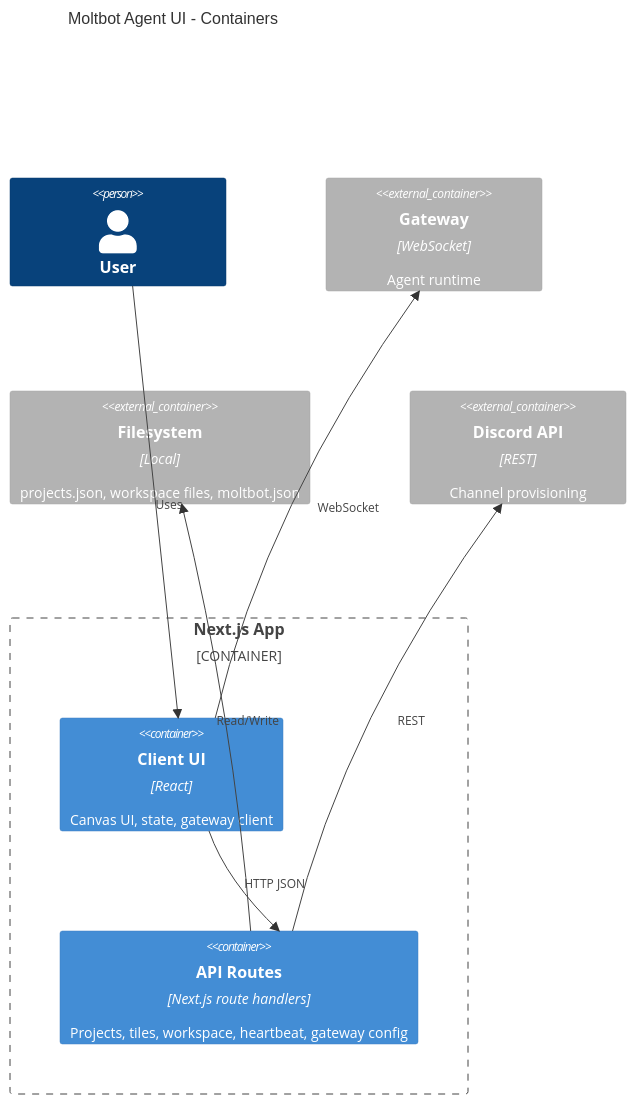
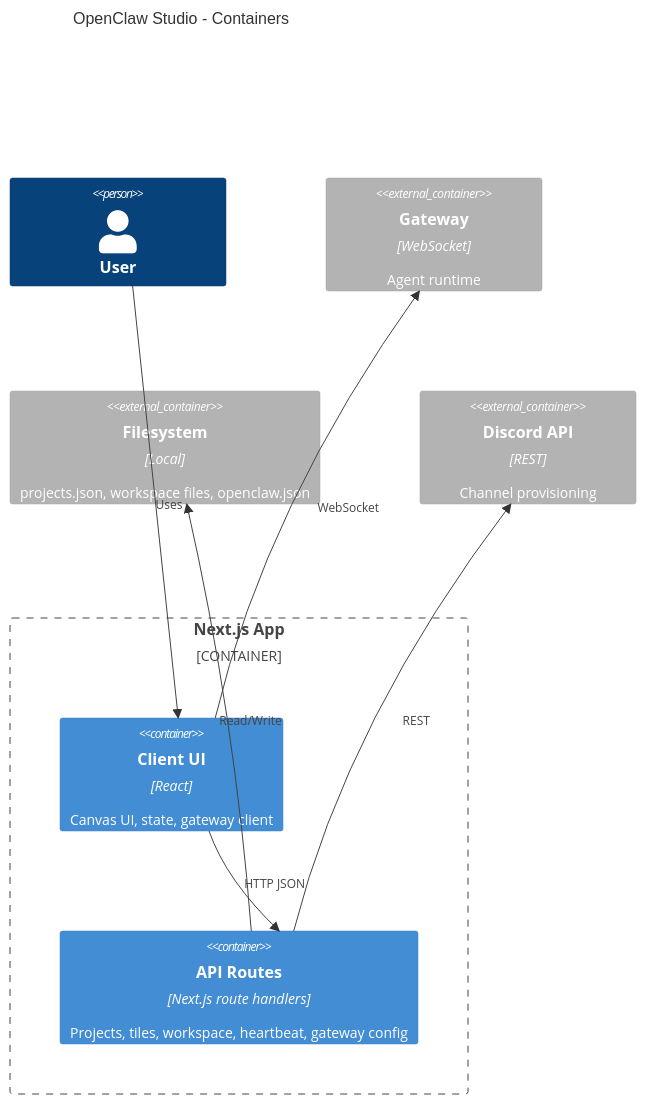
One commit to chaien0609/openclaw-studio changed the second of 2 diagrams in ARCHITECTURE.md. Above: the diagram before and after it, drawn with Mermaid. The commit also changed other lines of this file and 10 other files, not shown here.

Commit message:
Finalize OpenClaw Studio naming

````diff
--- a/ARCHITECTURE.md
+++ b/ARCHITECTURE.md
@@ -118,20 +118,20 @@
 ```mermaid
 C4Container
-  title Moltbot Agent UI - Containers
+  title OpenClaw Studio - Containers
   Person(user, "User")
 
   Container_Boundary(app, "Next.js App") {
     Container(client, "Client UI", "React", "Canvas UI, state, gateway client")
     Container(api, "API Routes", "Next.js route handlers", "Projects, tiles, workspace, heartbeat, gateway config")
   }
 
   Container_Ext(gateway, "Gateway", "WebSocket", "Agent runtime")
-  Container_Ext(fs, "Filesystem", "Local", "projects.json, workspace files, moltbot.json")
+  Container_Ext(fs, "Filesystem", "Local", "projects.json, workspace files, openclaw.json")
   Container_Ext(discord, "Discord API", "REST", "Channel provisioning")
 
   Rel(user, client, "Uses")
   Rel(client, api, "HTTP JSON")
   Rel(client, gateway, "WebSocket")
   Rel(api, fs, "Read/Write")
   Rel(api, discord, "REST")
 ```
````
